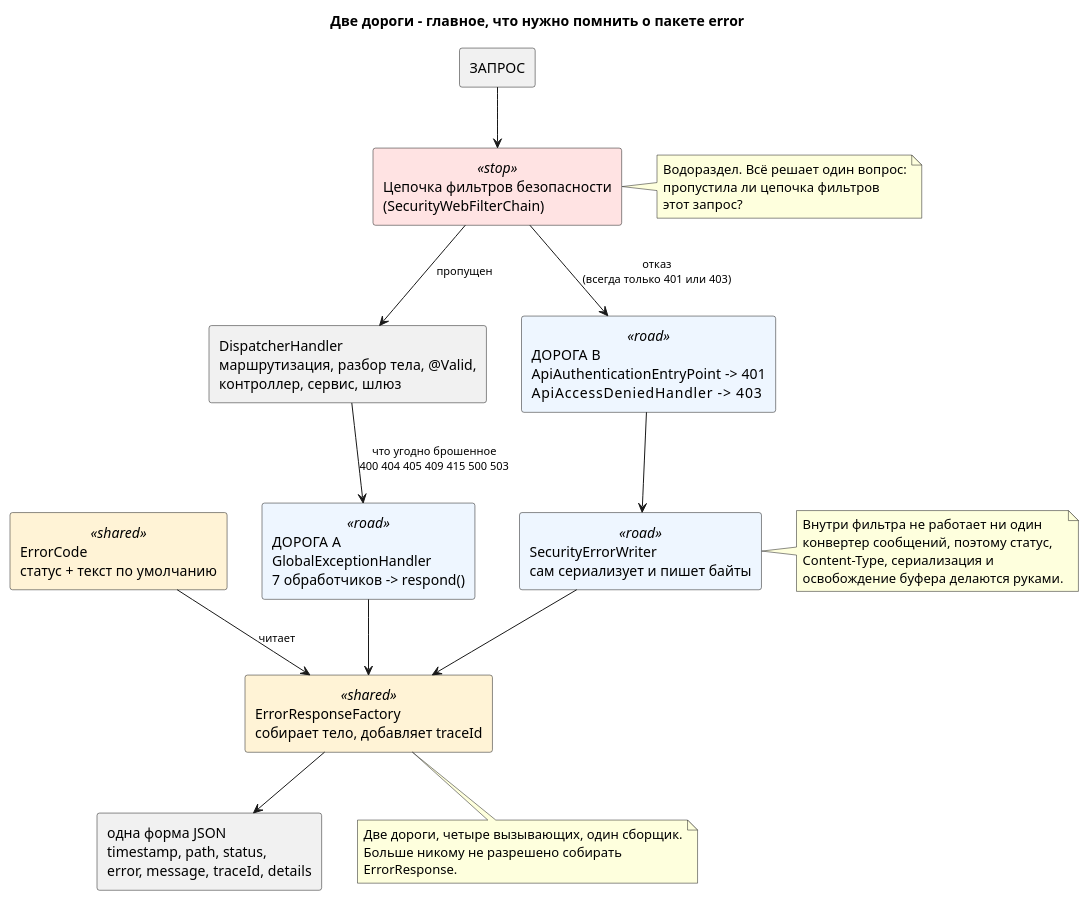
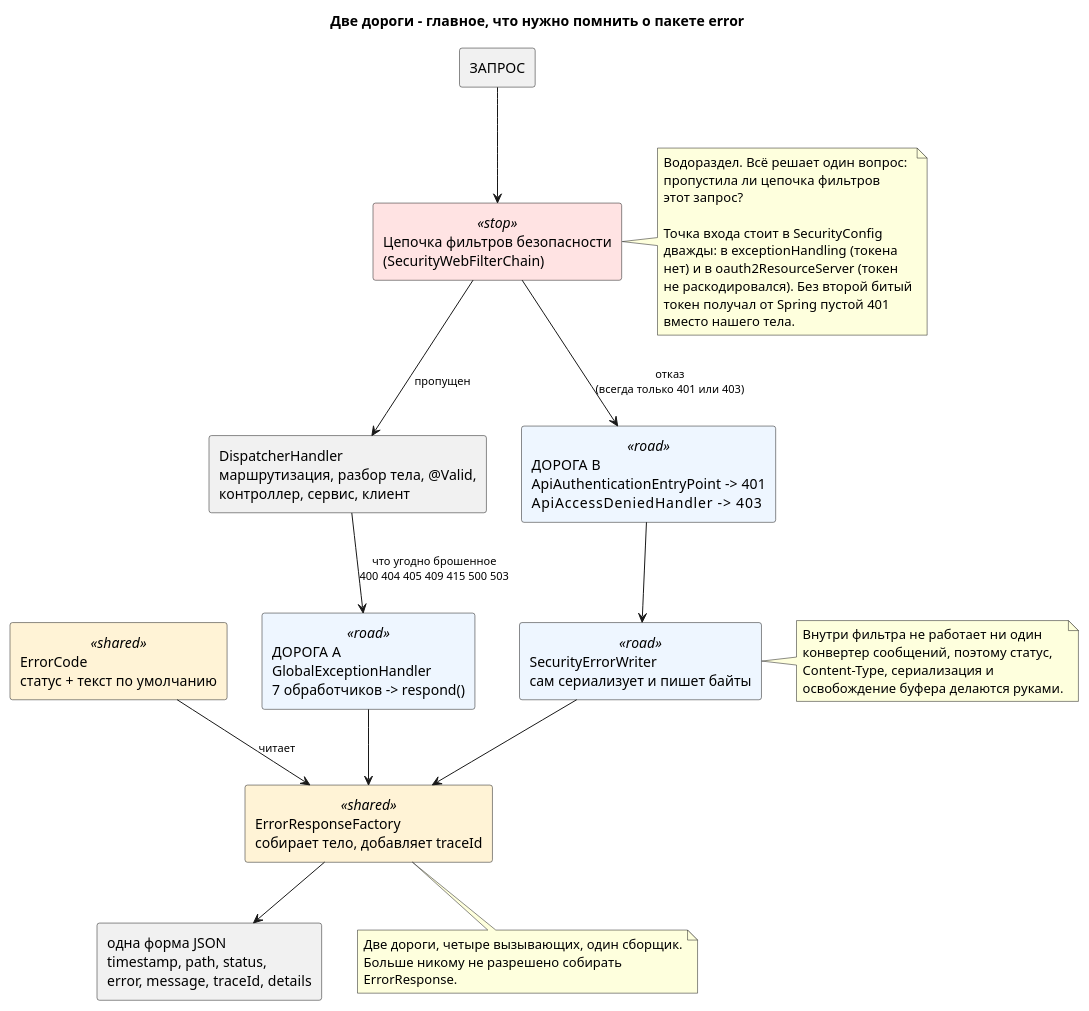
One commit to dezxxx/payment-platform changed the diagram in docs/puml-ru/error-two-roads.puml. Above: the diagram before and after it, drawn with PlantUML. The commit also changed 91 other files, not shown here.

First line of the commit message:
refactor: follow the teacher's component diagram and build inside Docker

```diff
--- a/docs/puml-ru/error-two-roads.puml
+++ b/docs/puml-ru/error-two-roads.puml
@@ -1,58 +1,65 @@
 @startuml error-two-roads
 title Две дороги - главное, что нужно помнить о пакете error
 
 skinparam shadowing false
 skinparam rectangle {
   BackgroundColor<<road>> #EEF6FF
   BackgroundColor<<shared>> #FFF3D6
   BackgroundColor<<stop>> #FFE3E3
 }
 skinparam ArrowFontSize 11
 
 rectangle "ЗАПРОС" as Req
 
 rectangle "Цепочка фильтров безопасности\n(SecurityWebFilterChain)" as Sec <<stop>>
 
-rectangle "DispatcherHandler\nмаршрутизация, разбор тела, @Valid,\nконтроллер, сервис, шлюз" as Disp
+rectangle "DispatcherHandler\nмаршрутизация, разбор тела, @Valid,\nконтроллер, сервис, клиент" as Disp
 
 rectangle "ДОРОГА B\nApiAuthenticationEntryPoint  -> 401\nApiAccessDeniedHandler       -> 403" as RoadB <<road>>
 rectangle "SecurityErrorWriter\nсам сериализует и пишет байты" as Writer <<road>>
 
 rectangle "ДОРОГА A\nGlobalExceptionHandler\n7 обработчиков -> respond()" as RoadA <<road>>
 
 rectangle "ErrorResponseFactory\nсобирает тело, добавляет traceId" as Factory <<shared>>
 
 rectangle "ErrorCode\nстатус + текст по умолчанию" as Code <<shared>>
 
 rectangle "одна форма JSON\ntimestamp, path, status,\nerror, message, traceId, details" as Out
 
 Req --> Sec
 Sec --> RoadB : отказ\n(всегда только 401 или 403)
 Sec --> Disp : пропущен
 Disp --> RoadA : что угодно брошенное\n400 404 405 409 415 500 503
 RoadB --> Writer
 Writer --> Factory
 RoadA --> Factory
 Code --> Factory : читает
 Factory --> Out
 
 note right of Sec
   Водораздел. Всё решает один вопрос:
   пропустила ли цепочка фильтров
   этот запрос?
+
+  Точка входа стоит в SecurityConfig
+  дважды: в exceptionHandling (токена
+  нет) и в oauth2ResourceServer (токен
+  не раскодировался). Без второй битый
+  токен получал от Spring пустой 401
+  вместо нашего тела.
 end note
 
 note right of Writer
   Внутри фильтра не работает ни один
   конвертер сообщений, поэтому статус,
   Content-Type, сериализация и
   освобождение буфера делаются руками.
 end note
 
 note bottom of Factory
   Две дороги, четыре вызывающих, один сборщик.
   Больше никому не разрешено собирать
   ErrorResponse.
 end note
 
 @enduml
```
